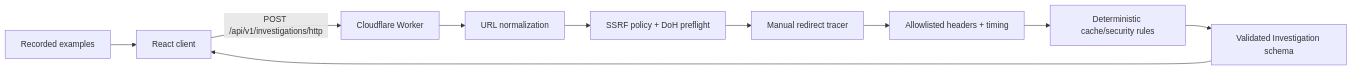
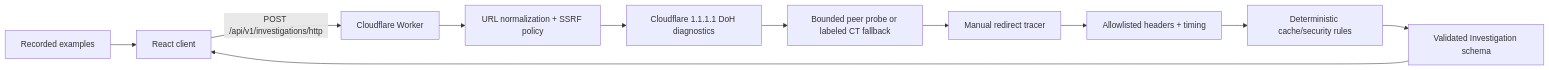
Before and after one commit to gaurangpatill/PacketJourney: the diagram in README.md, drawn with Mermaid. The commit also changed other lines of this file and 9 other files, not shown here.

Commit message:
feat: document dns and tls investigation

````diff
--- a/README.md
+++ b/README.md
@@ -26,12 +28,13 @@
 ```mermaid
 flowchart LR
     UI[React client] -->|POST /api/v1/investigations/http| W[Cloudflare Worker]
-    W --> N[URL normalization]
-    N --> S[SSRF policy + DoH preflight]
-    S --> R[Manual redirect tracer]
+    W --> N[URL normalization + SSRF policy]
+    N --> DNS[Cloudflare 1.1.1.1 DoH diagnostics]
+    DNS --> TLS[Bounded peer probe or labeled CT fallback]
+    TLS --> R[Manual redirect tracer]
     R --> H[Allowlisted headers + timing]
     H --> D[Deterministic cache/security rules]
     D --> M[Validated Investigation schema]
     M --> UI
     DEMO[Recorded examples] --> UI
 ```
````
